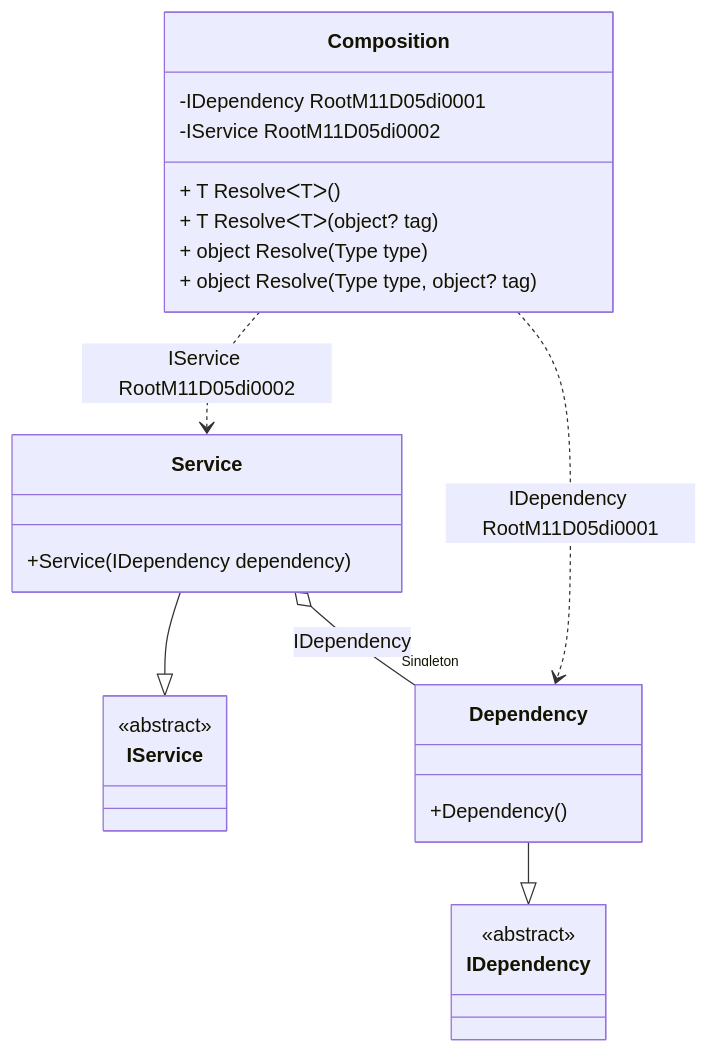
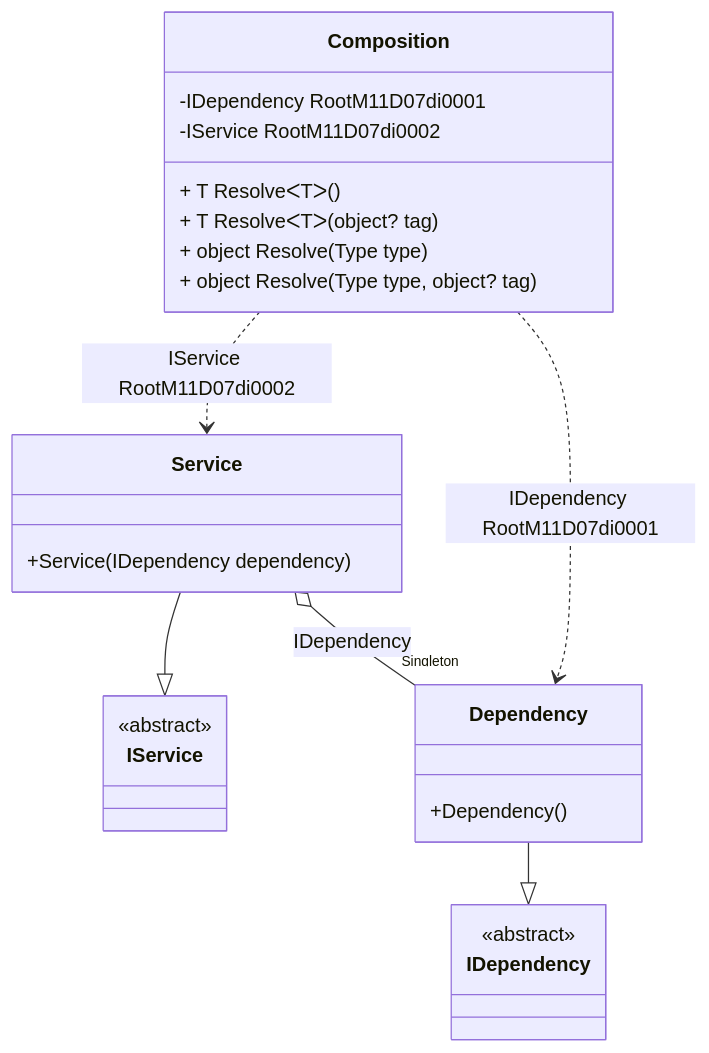
One commit to DevTeam/Pure.DI changed the diagram in readme/service-collection.md. Above: the diagram before and after it, drawn with Mermaid. The commit also changed other lines of this file and 102 other files, not shown here.

````diff
--- a/readme/service-collection.md
+++ b/readme/service-collection.md
@@ -50,28 +50,28 @@
 ```mermaid
 classDiagram
   class Composition {
-    -IDependency RootM11D05di0001
-    -IService RootM11D05di0002
+    -IDependency RootM11D07di0001
+    -IService RootM11D07di0002
     + T ResolveᐸTᐳ()
     + T ResolveᐸTᐳ(object? tag)
     + object Resolve(Type type)
     + object Resolve(Type type, object? tag)
   }
   Service --|> IService : 
   class Service {
     +Service(IDependency dependency)
   }
   Dependency --|> IDependency : 
   class Dependency {
     +Dependency()
   }
   class IService {
     <<abstract>>
   }
   class IDependency {
     <<abstract>>
   }
   Service o--  "Singleton" Dependency : IDependency
-  Composition ..> Dependency : IDependency RootM11D05di0001
-  Composition ..> Service : IService RootM11D05di0002
+  Composition ..> Dependency : IDependency RootM11D07di0001
+  Composition ..> Service : IService RootM11D07di0002
 ```
````
